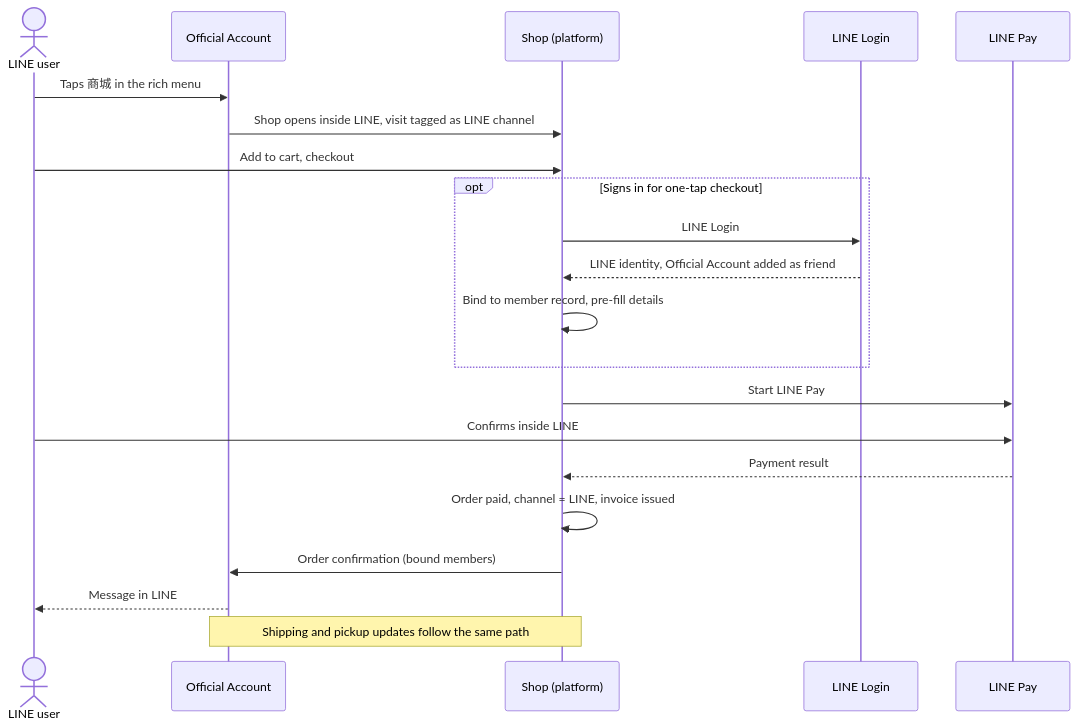
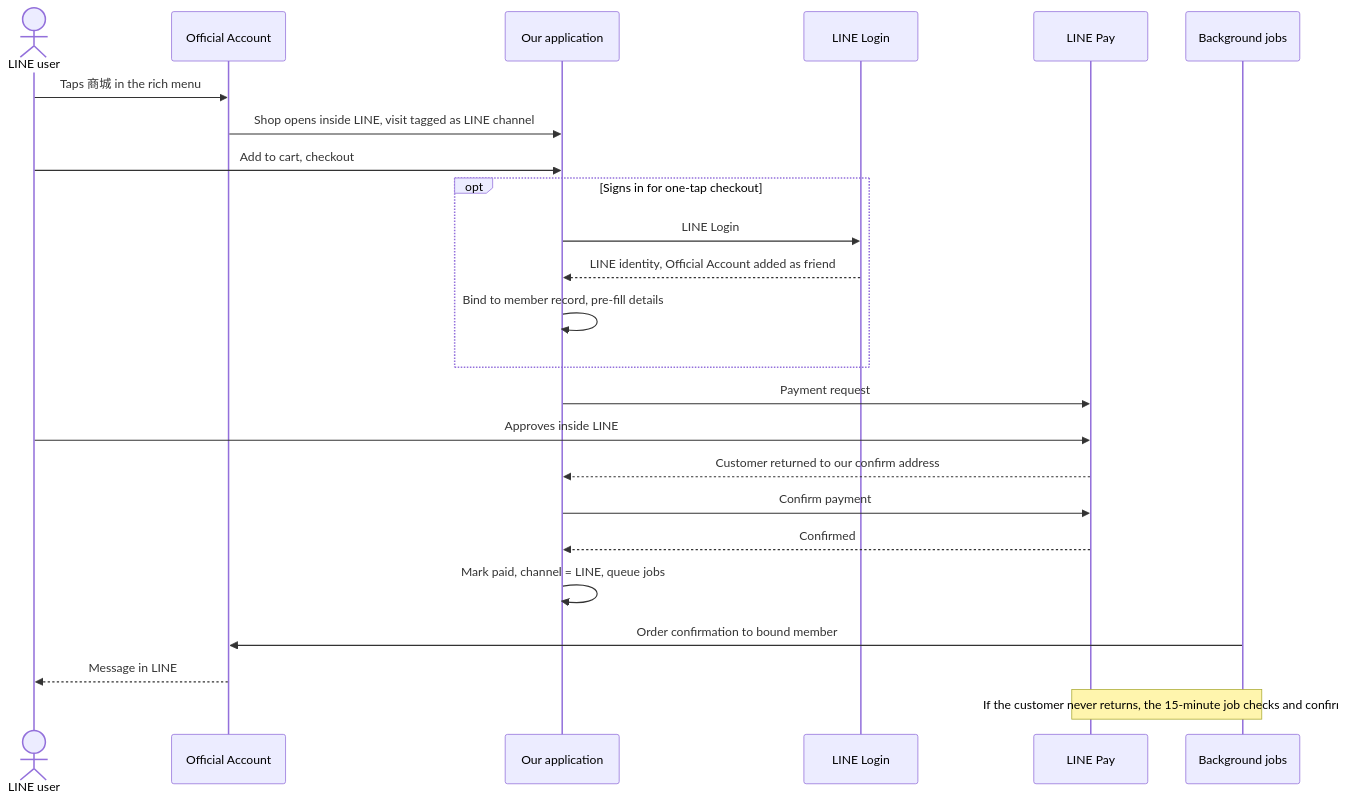
Before and after one commit to averyhsu/dr-wellsey-site: the fourth of 5 diagrams in docs/payment-system-design.md, drawn with Mermaid. The commit also changed other lines of this file, not shown here.

First line of the commit message:
Revise design for a custom-built system instead of a hosted platform

````diff
--- a/docs/payment-system-design.md
+++ b/docs/payment-system-design.md
@@ -274,23 +361,26 @@
 ```mermaid
 sequenceDiagram
     actor U as LINE user
     participant OA as Official Account
-    participant S as Shop (platform)
+    participant A as Our application
     participant LL as LINE Login
     participant LP as LINE Pay
+    participant J as Background jobs
     U->>OA: Taps 商城 in the rich menu
-    OA->>S: Shop opens inside LINE, visit tagged as LINE channel
-    U->>S: Add to cart, checkout
+    OA->>A: Shop opens inside LINE, visit tagged as LINE channel
+    U->>A: Add to cart, checkout
     opt Signs in for one-tap checkout
-        S->>LL: LINE Login
-        LL-->>S: LINE identity, Official Account added as friend
-        S->>S: Bind to member record, pre-fill details
+        A->>LL: LINE Login
+        LL-->>A: LINE identity, Official Account added as friend
+        A->>A: Bind to member record, pre-fill details
     end
-    S->>LP: Start LINE Pay
-    U->>LP: Confirms inside LINE
-    LP-->>S: Payment result
-    S->>S: Order paid, channel = LINE, invoice issued
-    S->>OA: Order confirmation (bound members)
+    A->>LP: Payment request
+    U->>LP: Approves inside LINE
+    LP-->>A: Customer returned to our confirm address
+    A->>LP: Confirm payment
+    LP-->>A: Confirmed
+    A->>A: Mark paid, channel = LINE, queue jobs
+    J->>OA: Order confirmation to bound member
     OA-->>U: Message in LINE
-    Note over S,OA: Shipping and pickup updates follow the same path
+    Note over J,LP: If the customer never returns, the 15-minute job checks and confirms
 ```
````
